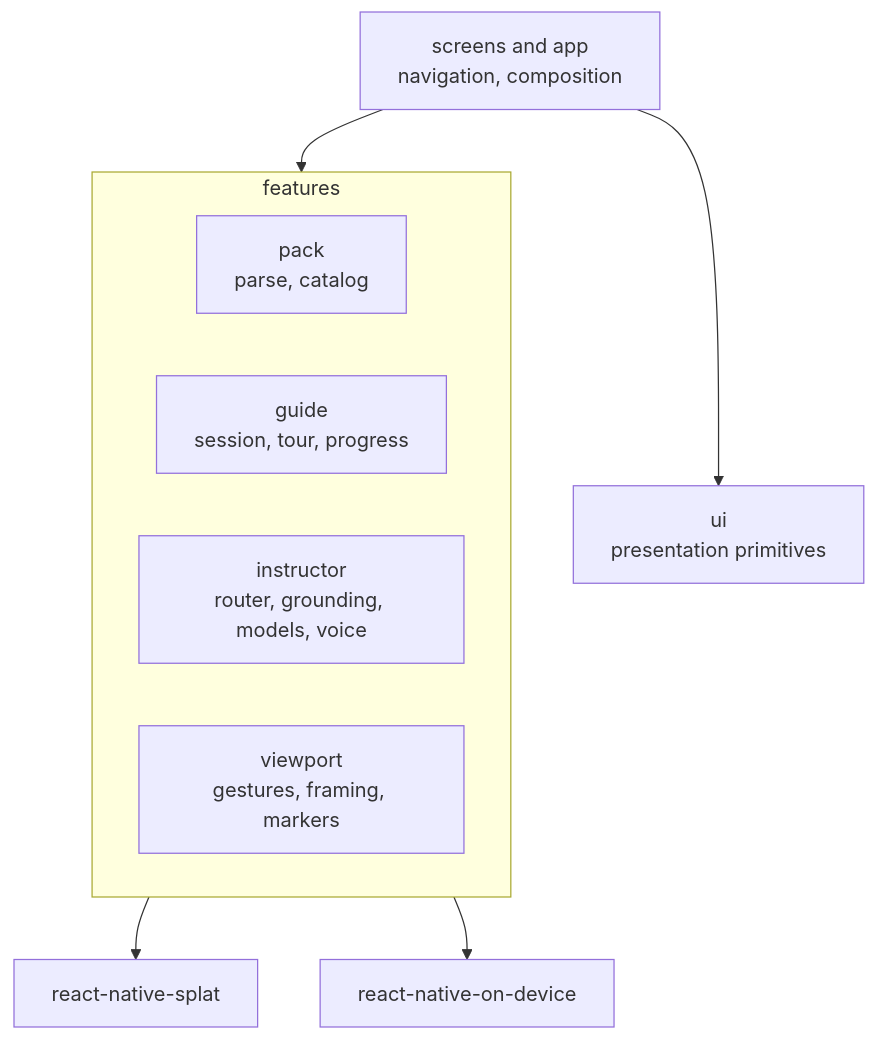
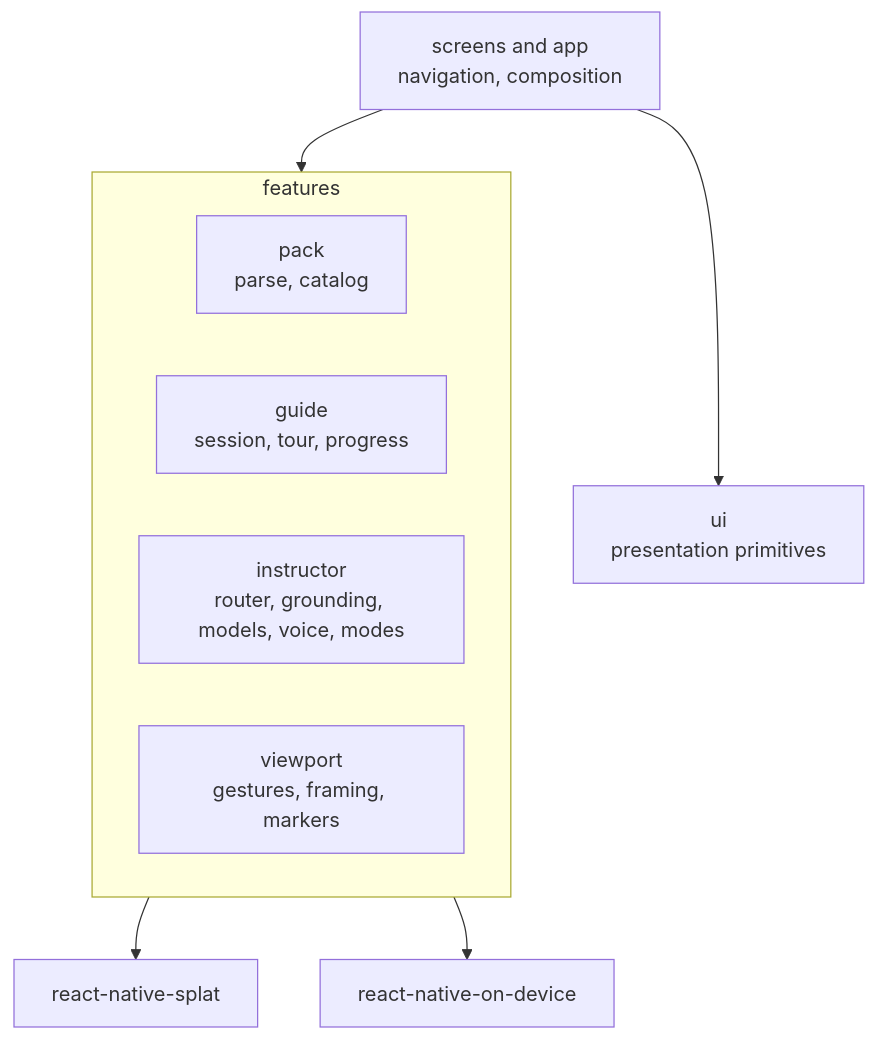
One commit to Xget7/splat-field-guide changed the diagram in apps/field-guide/README.md. Above: the diagram before and after it, drawn with Mermaid. The commit also changed other lines of this file and 3 other files, not shown here.

Commit message:
Document online and offline instructor modes

````diff
--- a/apps/field-guide/README.md
+++ b/apps/field-guide/README.md
@@ -11,14 +11,14 @@
 ```mermaid
 flowchart TB
   screens["screens and app<br/>navigation, composition"] --> features
   screens --> ui["ui<br/>presentation primitives"]
   subgraph features["features"]
     direction LR
     pack["pack<br/>parse, catalog"]
     guide["guide<br/>session, tour, progress"]
-    instructor["instructor<br/>router, grounding, models, voice"]
+    instructor["instructor<br/>router, grounding, models, voice, modes"]
     viewport["viewport<br/>gestures, framing, markers"]
   end
   viewport --> splatPkg["react-native-splat"]
   instructor --> onDevicePkg["react-native-on-device"]
 ```
````
